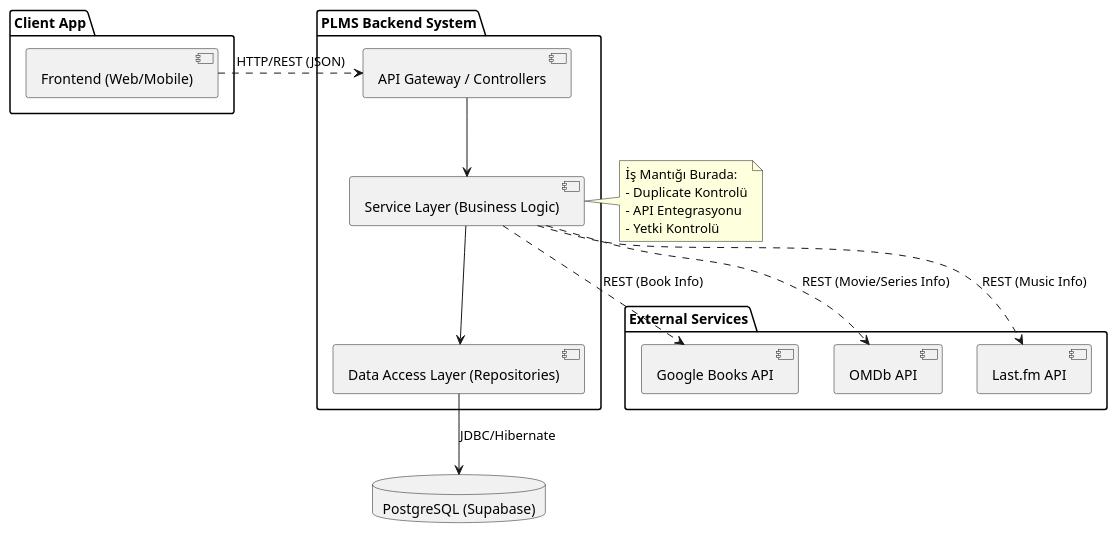
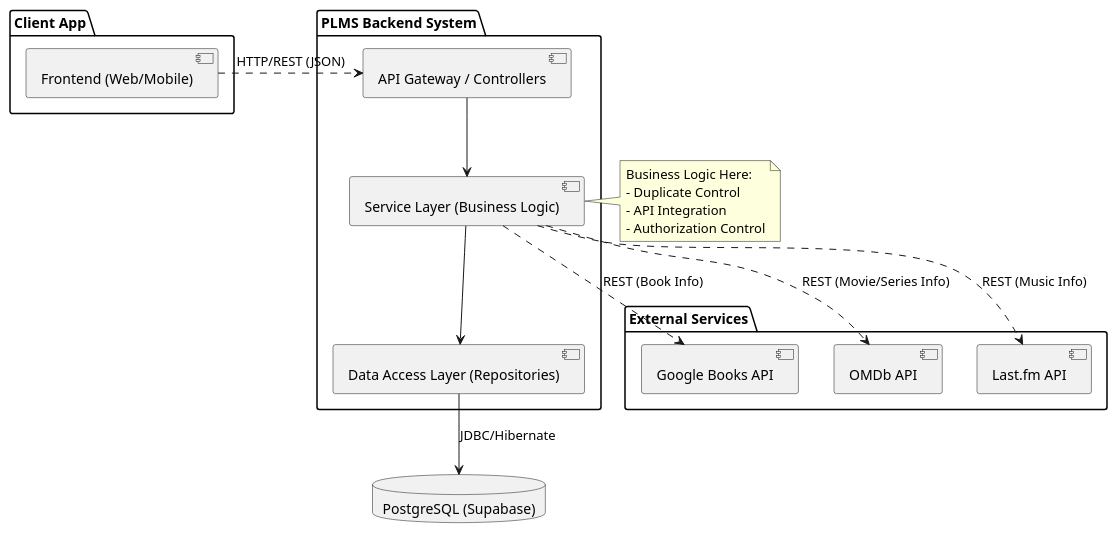
One commit to sixfinger10/CSE443-Object-Oriented-Analysis-And-Design changed the diagram in docs/diagrams/plms-component-diagram.puml. Above: the diagram before and after it, drawn with PlantUML.

Commit message:
docs: class diagram fix

```diff
--- a/docs/diagrams/plms-component-diagram.puml
+++ b/docs/diagrams/plms-component-diagram.puml
@@ -1,41 +1,41 @@
 @startuml
 
 skinparam componentStyle uml2
 
 package "Client App" {
     [Frontend (Web/Mobile)] as Frontend
 }
 
 package "PLMS Backend System" {
     [API Gateway / Controllers] as Controllers
     [Service Layer (Business Logic)] as Services
     [Data Access Layer (Repositories)] as Repositories
 }
 
 database "PostgreSQL (Supabase)" as DB
 
 package "External Services" {
     [Google Books API] as GoogleAPI
     [OMDb API] as OMDbAPI
     [Last.fm API] as LastFmAPI
 }
 
 ' Bağlantılar
 Frontend .> Controllers : HTTP/REST (JSON)
 Controllers --> Services
 Services --> Repositories
 Repositories --> DB : JDBC/Hibernate
 
 ' Dış Servis Bağlantıları
 Services ..> GoogleAPI : REST (Book Info)
 Services ..> OMDbAPI : REST (Movie/Series Info)
 Services ..> LastFmAPI : REST (Music Info)
 
 note right of Services
-  İş Mantığı Burada:
-  - Duplicate Kontrolü
-  - API Entegrasyonu
-  - Yetki Kontrolü
+    Business Logic Here:
+    - Duplicate Control
+    - API Integration
+    - Authorization Control
 end note
 
 @enduml
```
